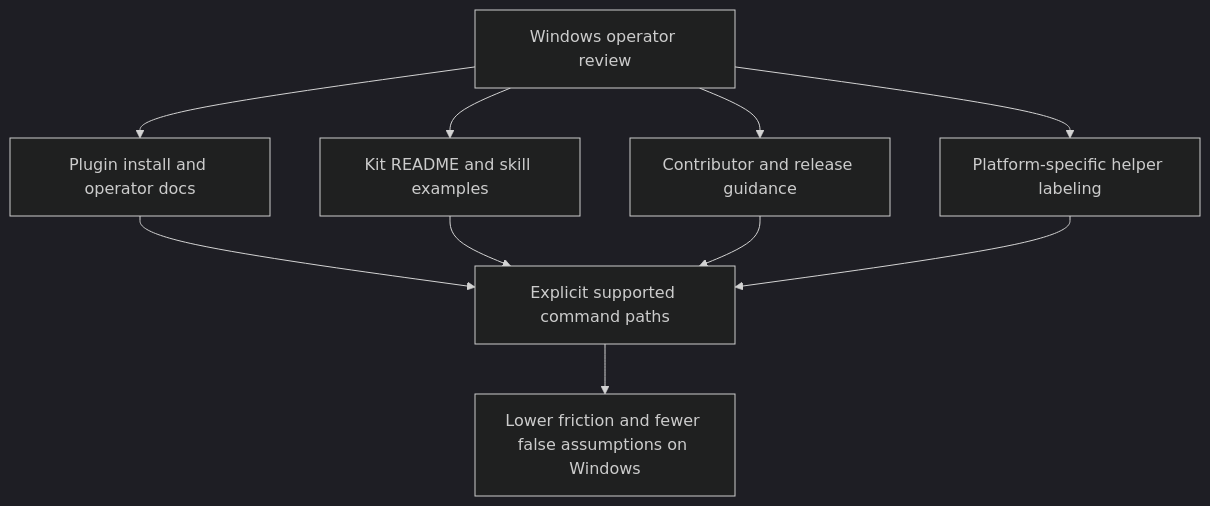
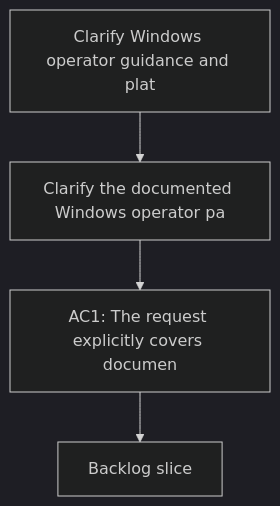
The diagram in logics/request/req_063_clarify_windows_operator_guidance_and_platform_specific_helper_boundaries_in_the_logics_docs.md (AlexAgo83/logics-manager), drawn with Mermaid (dark theme) before and after one commit. The commit also changed 481 other files, not shown here.

````diff
--- a/logics/request/req_063_clarify_windows_operator_guidance_and_platform_specific_helper_boundaries_in_the_logics_docs.md
+++ b/logics/request/req_063_clarify_windows_operator_guidance_and_platform_specific_helper_boundaries_in_the_logics_docs.md
@@ -50,14 +50,8 @@
 ```mermaid
 %% logics-kind: request
 %% logics-signature: request|clarify-windows-operator-guidance-and-pl|clarify-the-documented-windows-operator-|ac1-the-request-explicitly-covers-docume
 flowchart TD
-    Review[Windows operator review] --> PluginDocs[Plugin install and operator docs]
-    Review --> KitDocs[Kit README and skill examples]
-    Review --> Maintainer[Contributor and release guidance]
-    Review --> Helpers[Platform-specific helper labeling]
-    PluginDocs --> Clarity[Explicit supported command paths]
-    KitDocs --> Clarity
-    Maintainer --> Clarity
-    Helpers --> Clarity
-    Clarity --> Outcome[Lower friction and fewer false assumptions on Windows]
+    Trigger[Clarify Windows operator guidance and plat] --> Need[Clarify the documented Windows operator pa]
+    Need --> Outcome[AC1: The request explicitly covers documen]
+    Outcome --> Backlog[Backlog slice]
 ```
````
